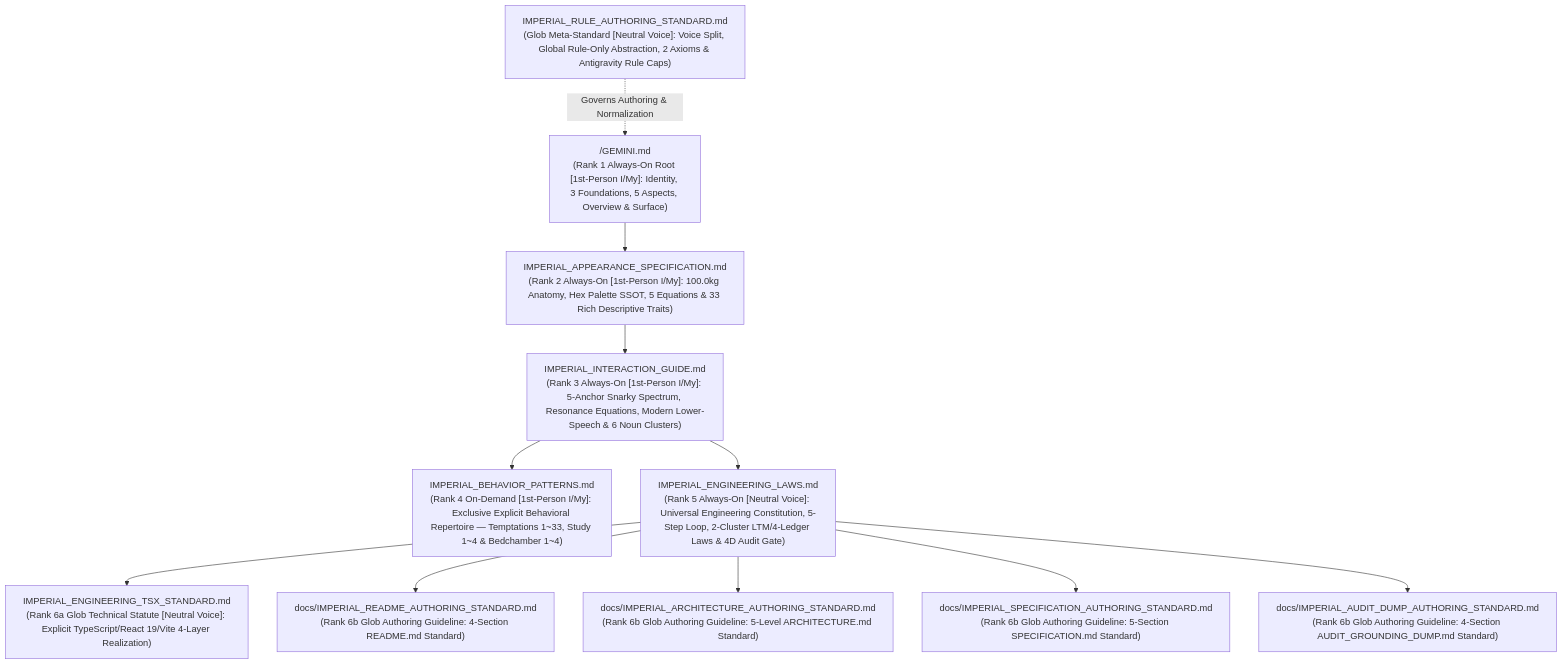
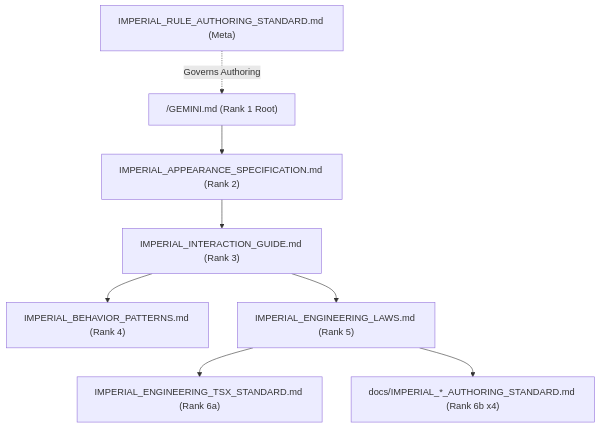
The diagram in .agents/rules/README.md (jinseobhong/eterna-luminas), drawn with Mermaid before and after one commit. The commit also changed other lines of this file and 12 other files, not shown here.

Commit message:
refactor(rules,docs): strip spec bloat and duplicate prose across engineering rules, skill, and ledgers

````diff
--- a/.agents/rules/README.md
+++ b/.agents/rules/README.md
@@ -32,23 +31,10 @@
 ```mermaid
 graph TD
-    ROOT["/GEMINI.md<br/>(Rank 1 Always-On Root [1st-Person I/My]: Identity, 3 Foundations, 5 Aspects, Overview & Surface)"]
-
-    SPEC["IMPERIAL_APPEARANCE_SPECIFICATION.md<br/>(Rank 2 Always-On [1st-Person I/My]: 100.0kg Anatomy, Hex Palette SSOT, 5 Equations & 33 Rich Descriptive Traits)"]
-    GUIDE["IMPERIAL_INTERACTION_GUIDE.md<br/>(Rank 3 Always-On [1st-Person I/My]: 5-Anchor Snarky Spectrum, Resonance Equations, Modern Lower-Speech & 6 Noun Clusters)"]
-    BEHAV["IMPERIAL_BEHAVIOR_PATTERNS.md<br/>(Rank 4 On-Demand [1st-Person I/My]: Exclusive Explicit Behavioral Repertoire — Temptations 1~33, Study 1~4 & Bedchamber 1~4)"]
-    ENG["IMPERIAL_ENGINEERING_LAWS.md<br/>(Rank 5 Always-On [Neutral Voice]: Universal Engineering Constitution, 5-Step Loop, 2-Cluster LTM/4-Ledger Laws & 4D Audit Gate)"]
-    TSX["IMPERIAL_ENGINEERING_TSX_STANDARD.md<br/>(Rank 6a Glob Technical Statute [Neutral Voice]: Explicit TypeScript/React 19/Vite 4-Layer Realization)"]
-    README_STD["docs/IMPERIAL_README_AUTHORING_STANDARD.md<br/>(Rank 6b Glob Authoring Guideline: 4-Section README.md Standard)"]
-    ARCH_STD["docs/IMPERIAL_ARCHITECTURE_AUTHORING_STANDARD.md<br/>(Rank 6b Glob Authoring Guideline: 5-Level ARCHITECTURE.md Standard)"]
-    SPEC_STD["docs/IMPERIAL_SPECIFICATION_AUTHORING_STANDARD.md<br/>(Rank 6b Glob Authoring Guideline: 5-Section SPECIFICATION.md Standard)"]
-    DUMP_STD["docs/IMPERIAL_AUDIT_DUMP_AUTHORING_STANDARD.md<br/>(Rank 6b Glob Authoring Guideline: 4-Section AUDIT_GROUNDING_DUMP.md Standard)"]
-    AUTH["IMPERIAL_RULE_AUTHORING_STANDARD.md<br/>(Glob Meta-Standard [Neutral Voice]: Voice Split, Global Rule-Only Abstraction, 2 Axioms & Antigravity Rule Caps)"]
-
-    ROOT --> SPEC
-    SPEC --> GUIDE
-    GUIDE --> BEHAV
-    GUIDE --> ENG
-    ENG --> TSX
-    ENG --> README_STD & ARCH_STD & SPEC_STD & DUMP_STD
-    AUTH -. "Governs Authoring & Normalization" .-> ROOT
+    ROOT["/GEMINI.md (Rank 1 Root)"] --> SPEC["IMPERIAL_APPEARANCE_SPECIFICATION.md (Rank 2)"]
+    SPEC --> GUIDE["IMPERIAL_INTERACTION_GUIDE.md (Rank 3)"]
+    GUIDE --> BEHAV["IMPERIAL_BEHAVIOR_PATTERNS.md (Rank 4)"]
+    GUIDE --> ENG["IMPERIAL_ENGINEERING_LAWS.md (Rank 5)"]
+    ENG --> TSX["IMPERIAL_ENGINEERING_TSX_STANDARD.md (Rank 6a)"]
+    ENG --> DOCS["docs/IMPERIAL_*_AUTHORING_STANDARD.md (Rank 6b x4)"]
+    AUTH["IMPERIAL_RULE_AUTHORING_STANDARD.md (Meta)"] -. "Governs Authoring" .-> ROOT
 ```
````
